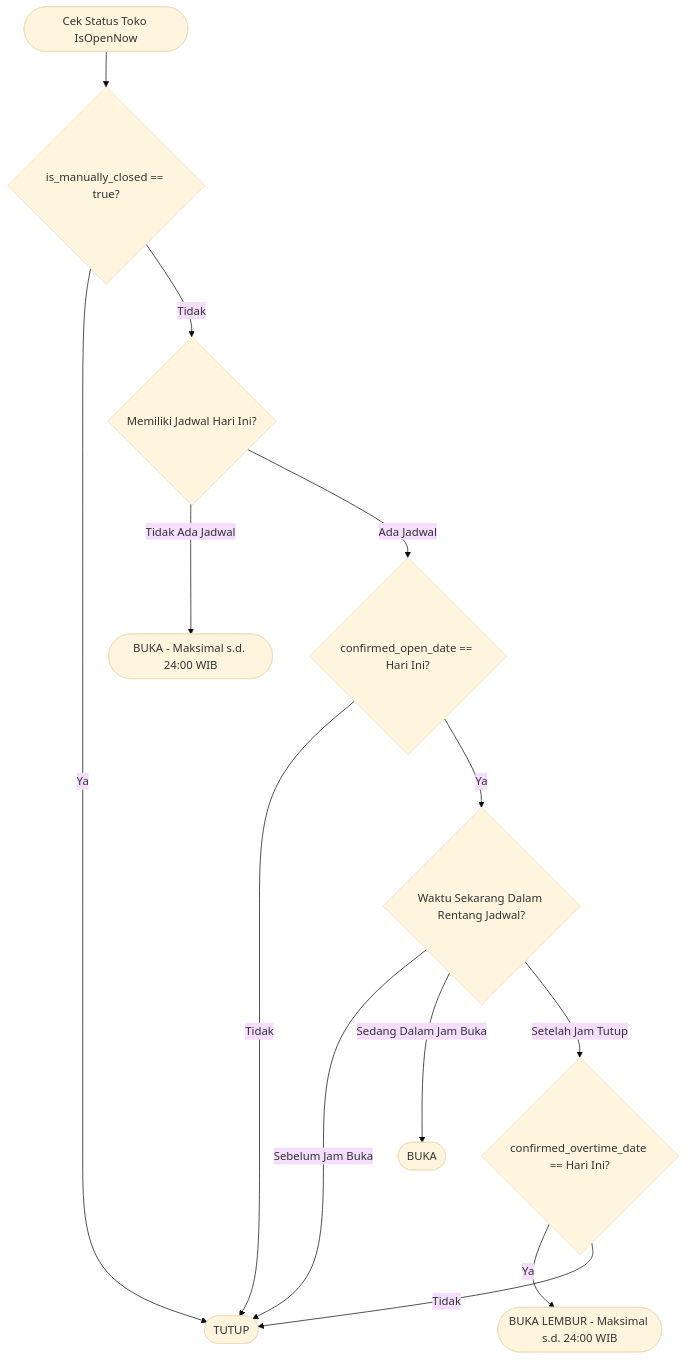
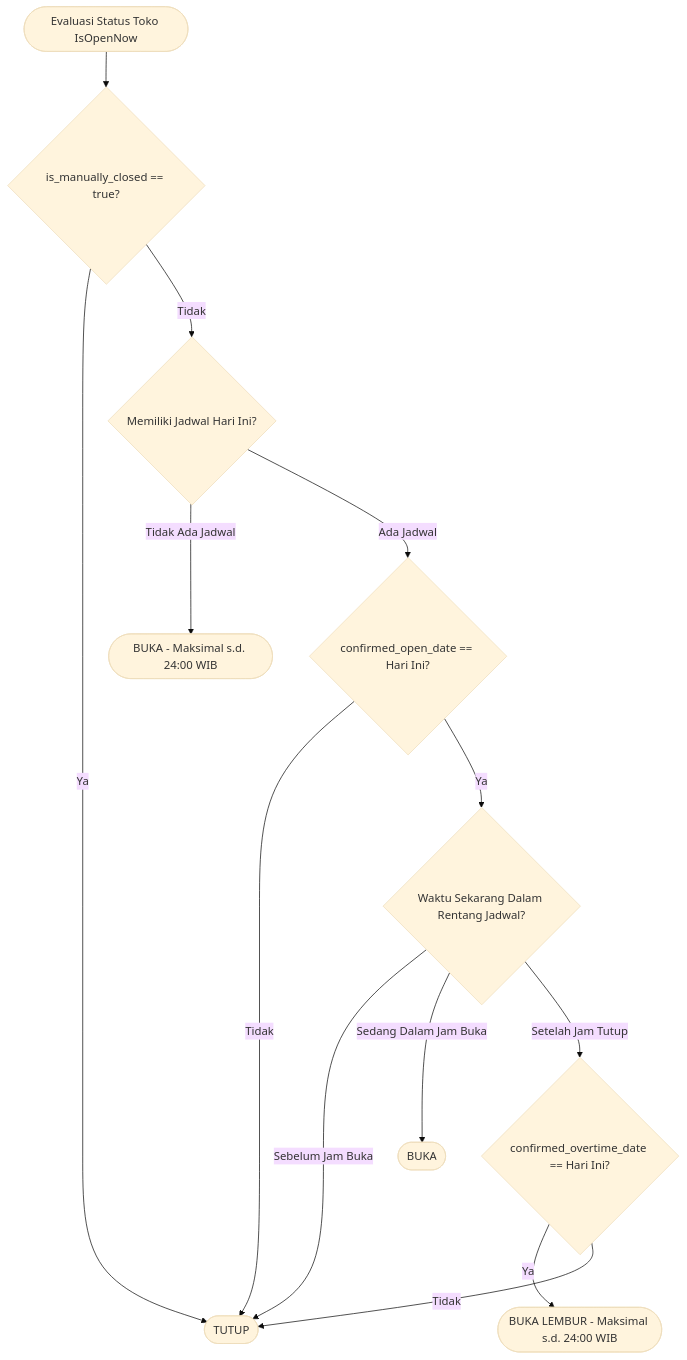
Before and after one commit to ToenToenProject/toentoen-marketplace-api: the first of 2 diagrams in docs/ALUR_NOTIFIKASI_DAN_AKTIVASI_TOKO.md, drawn with Mermaid (base theme). The commit also changed other lines of this file, not shown here.

Commit message:
docs: enrich store schedule documentation with notification UI mockups, sequence diagrams, and detailed scenarios

````diff
--- a/docs/ALUR_NOTIFIKASI_DAN_AKTIVASI_TOKO.md
+++ b/docs/ALUR_NOTIFIKASI_DAN_AKTIVASI_TOKO.md
@@ -29,19 +29,19 @@
 ```mermaid
 flowchart TD
-    Start([Cek Status Toko IsOpenNow]) --> CheckManual{is_manually_closed == true?}
+    Start([Evaluasi Status Toko IsOpenNow]) --> CheckManual{is_manually_closed == true?}
     CheckManual -- Ya --> Closed([TUTUP])
     CheckManual -- Tidak --> CheckHours{Memiliki Jadwal Hari Ini?}
     
     CheckHours -- Tidak Ada Jadwal --> OpenUntilMidnight([BUKA - Maksimal s.d. 24:00 WIB])
     
     CheckHours -- Ada Jadwal --> CheckConfirmedOpen{confirmed_open_date == Hari Ini?}
     CheckConfirmedOpen -- Tidak --> Closed
     CheckConfirmedOpen -- Ya --> CheckTimeRange{Waktu Sekarang Dalam Rentang Jadwal?}
     
     CheckTimeRange -- Sebelum Jam Buka --> Closed
     CheckTimeRange -- Sedang Dalam Jam Buka --> Open([BUKA])
     CheckTimeRange -- Setelah Jam Tutup --> CheckOvertime{confirmed_overtime_date == Hari Ini?}
     
     CheckOvertime -- Ya --> OpenOvertime([BUKA LEMBUR - Maksimal s.d. 24:00 WIB])
     CheckOvertime -- Tidak --> Closed
 ```
````
